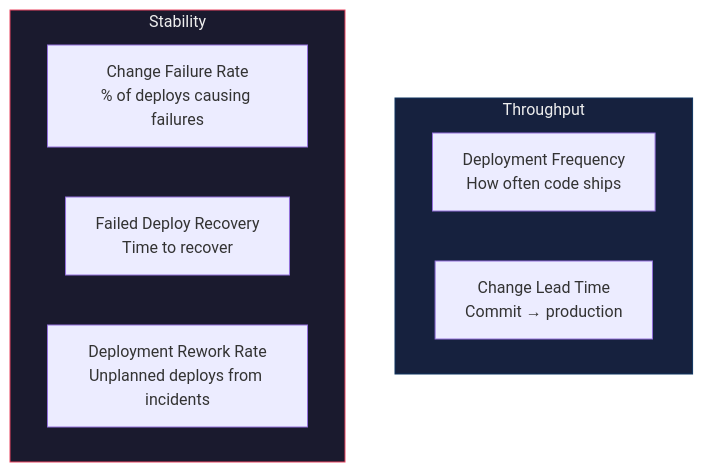
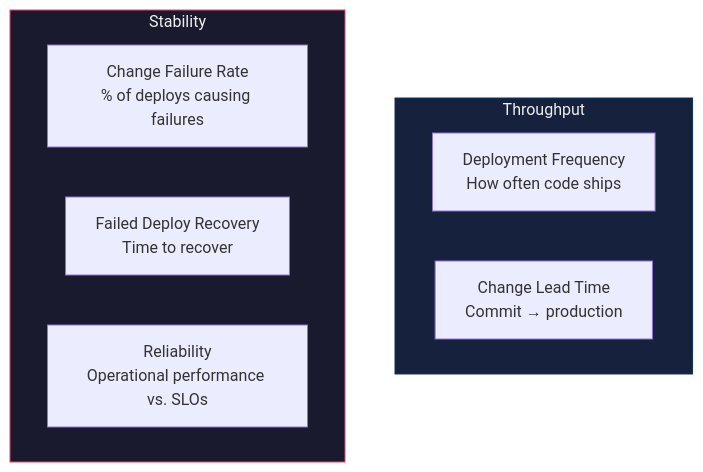
Before and after one commit to Cyvid7-Darus10/peak-self: the fourth of 4 diagrams in engineering/principles.md, drawn with Mermaid. The commit also changed other lines of this file and 10 other files, not shown here.

````diff
--- a/engineering/principles.md
+++ b/engineering/principles.md
@@ -172,14 +172,14 @@
 ```mermaid
 flowchart TD
     subgraph throughput["Throughput"]
         A["Deployment Frequency<br/>How often code ships"]
         B["Change Lead Time<br/>Commit → production"]
     end
     subgraph stability["Stability"]
         C["Change Failure Rate<br/>% of deploys causing failures"]
         D["Failed Deploy Recovery<br/>Time to recover"]
-        E["Deployment Rework Rate<br/>Unplanned deploys from incidents"]
+        E["Reliability<br/>Operational performance vs. SLOs"]
     end
     style throughput fill:#16213e,stroke:#0f3460,color:#eee
     style stability fill:#1a1a2e,stroke:#e94560,color:#eee
 ```
````
